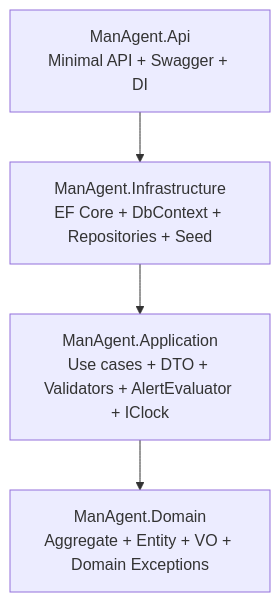
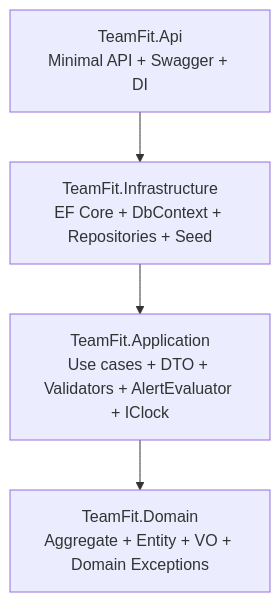
The second of 7 diagrams in docs/architecture.md (stefanopetriagic/TeamFit), drawn with Mermaid before and after one commit. The commit also changed other lines of this file and 11 other files, not shown here.

````diff
--- a/docs/architecture.md
+++ b/docs/architecture.md
@@ -22,11 +22,11 @@
 ```mermaid
 flowchart TD
-  Api[ManAgent.Api<br/>Minimal API + Swagger + DI]
-  Infra[ManAgent.Infrastructure<br/>EF Core + DbContext + Repositories + Seed]
-  App[ManAgent.Application<br/>Use cases + DTO + Validators + AlertEvaluator + IClock]
-  Domain[ManAgent.Domain<br/>Aggregate + Entity + VO + Domain Exceptions]
+  Api[TeamFit.Api<br/>Minimal API + Swagger + DI]
+  Infra[TeamFit.Infrastructure<br/>EF Core + DbContext + Repositories + Seed]
+  App[TeamFit.Application<br/>Use cases + DTO + Validators + AlertEvaluator + IClock]
+  Domain[TeamFit.Domain<br/>Aggregate + Entity + VO + Domain Exceptions]
 
   Api --> Infra
   Infra --> App
   App --> Domain
 ```
````
